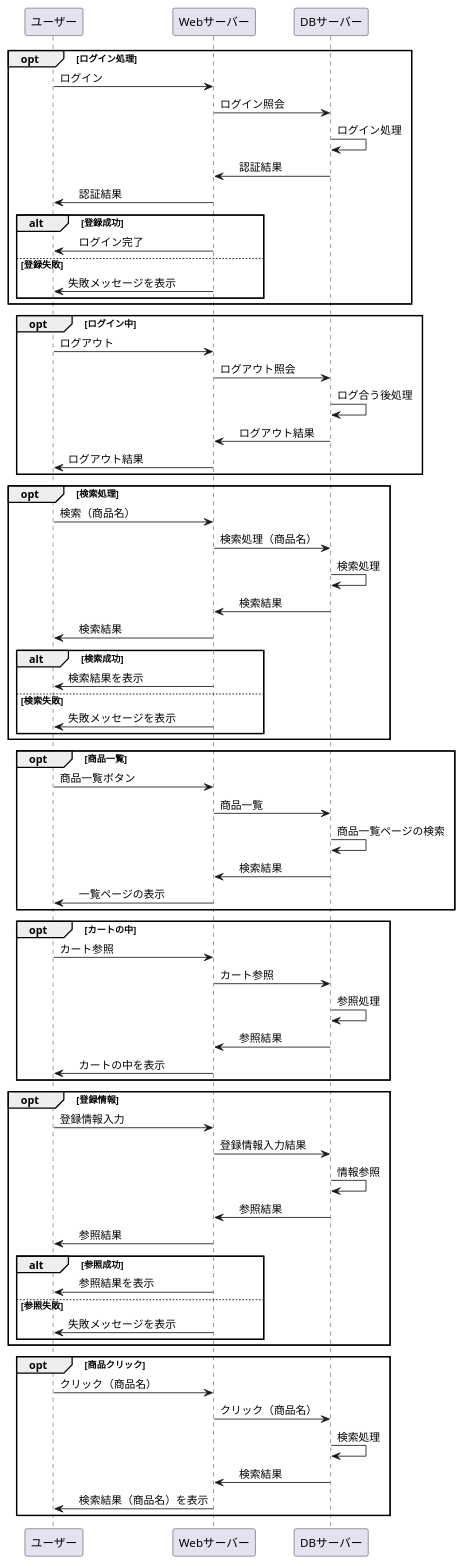
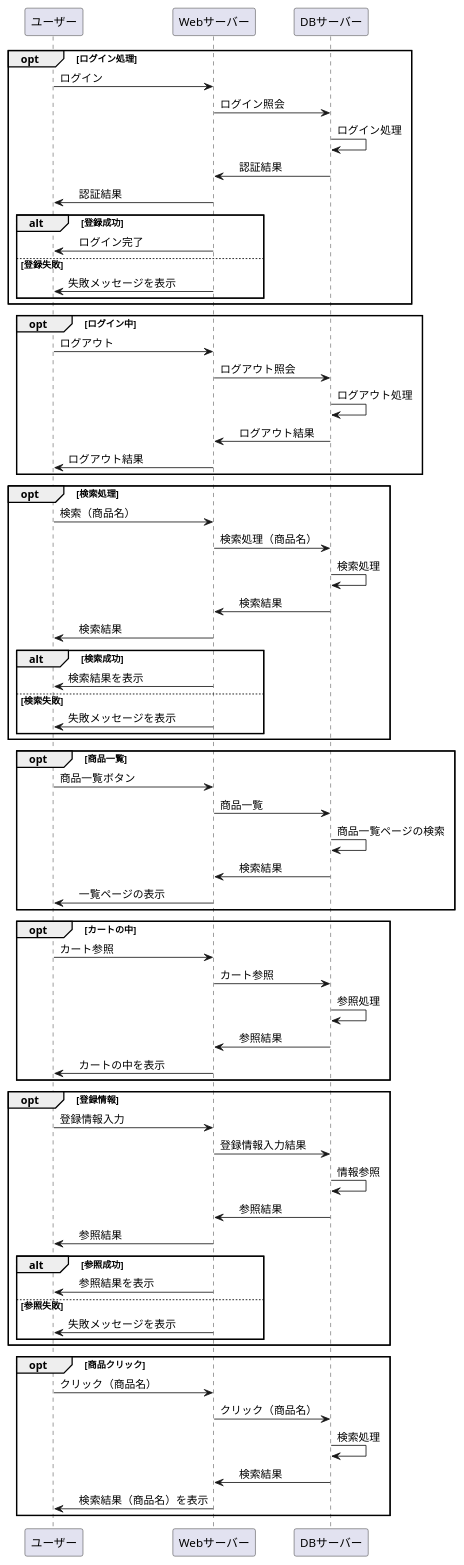
One commit to Aso2101121/2021sys-design changed the diagram in sampleGH.md. Above: the diagram before and after it, drawn with PlantUML.

```diff
--- a/sampleGH.md
+++ b/sampleGH.md
@@ -19,7 +19,7 @@
 opt ログイン中
 ユーザー -> Webサーバー : ログアウト
 Webサーバー -> DBサーバー : ログアウト照会
-DBサーバー -> DBサーバー : ログ合う後処理
+DBサーバー -> DBサーバー : ログアウト処理
 DBサーバー -> Webサーバー :　ログアウト結果
 Webサーバー -> ユーザー : ログアウト結果
 
```
